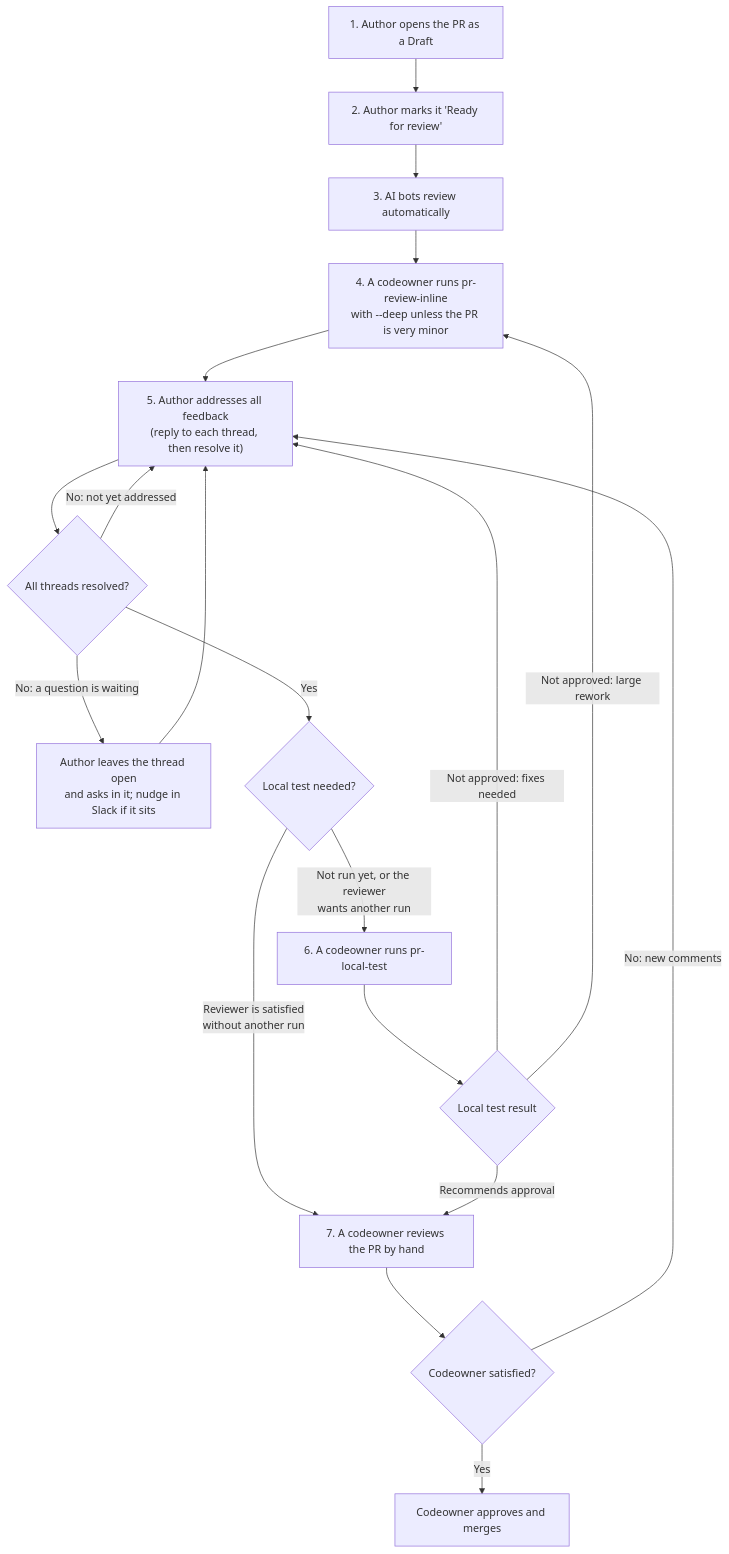
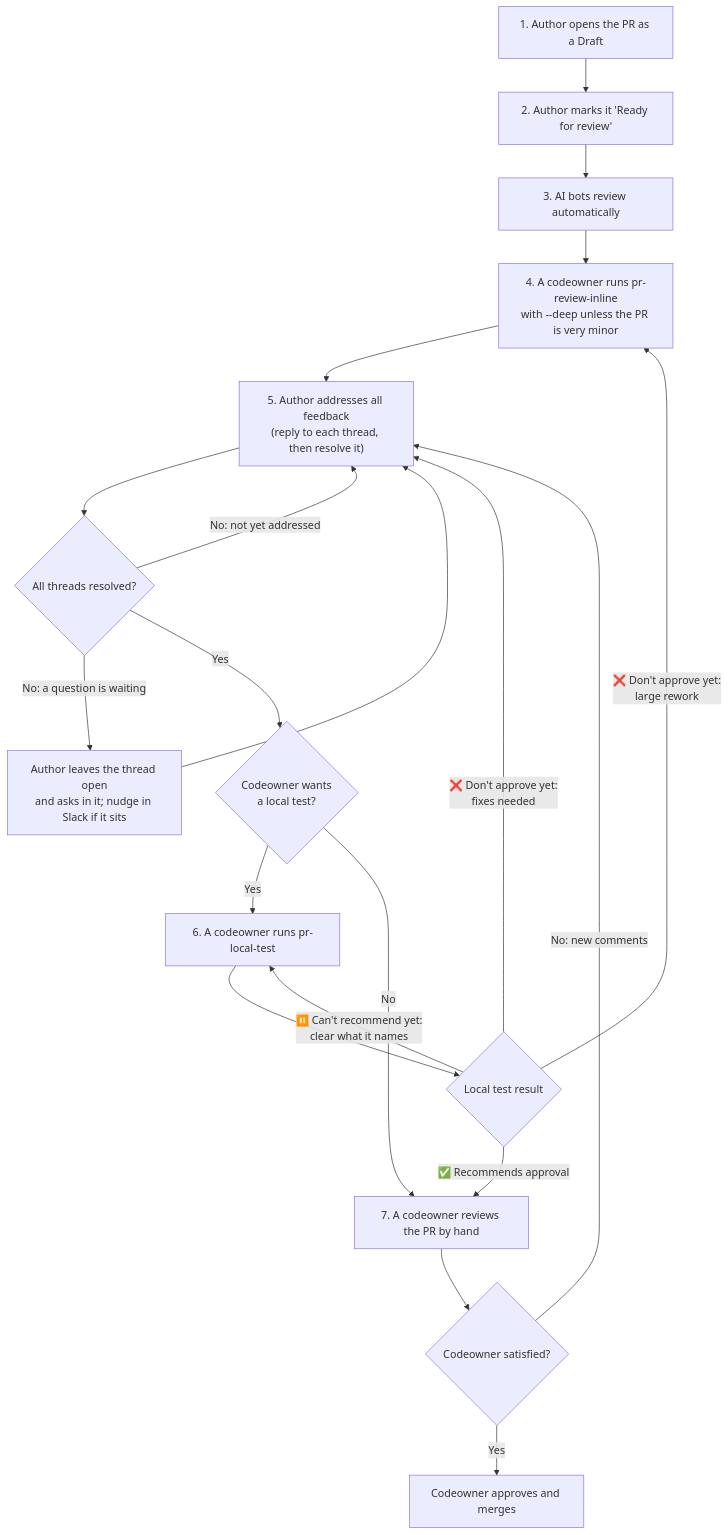
One commit to F3-Nation/f3-nation changed the diagram in docs/PR_REVIEW_PROCESS.md. Above: the diagram before and after it, drawn with Mermaid. The commit also changed other lines of this file and 1 other file, not shown here.

````diff
--- a/docs/PR_REVIEW_PROCESS.md
+++ b/docs/PR_REVIEW_PROCESS.md
@@ -9,21 +9,22 @@
 ```mermaid
 flowchart TD
     A["1. Author opens the PR as a Draft"] --> B["2. Author marks it 'Ready for review'"]
     B --> C["3. AI bots review automatically"]
     C --> D["4. A codeowner runs pr-review-inline<br/>with --deep unless the PR is very minor"]
     D --> E["5. Author addresses all feedback<br/>(reply to each thread, then resolve it)"]
     E --> F{"All threads resolved?"}
     F -- "No: not yet addressed" --> E
     F -- "No: a question is waiting" --> Q["Author leaves the thread open<br/>and asks in it; nudge in Slack if it sits"]
     Q --> E
-    F -- Yes --> L{"Local test needed?"}
-    L -- "Not run yet, or the reviewer<br/>wants another run" --> G["6. A codeowner runs pr-local-test"]
-    L -- "Reviewer is satisfied<br/>without another run" --> I
+    F -- Yes --> L{"Codeowner wants<br/>a local test?"}
+    L -- Yes --> G["6. A codeowner runs pr-local-test"]
+    L -- No --> I
     G --> H{"Local test result"}
-    H -- "Not approved: fixes needed" --> E
-    H -- "Not approved: large rework" --> D
-    H -- "Recommends approval" --> I["7. A codeowner reviews the PR by hand"]
+    H -- "❌ Don't approve yet:<br/>fixes needed" --> E
+    H -- "❌ Don't approve yet:<br/>large rework" --> D
+    H -- "⏸️ Can't recommend yet:<br/>clear what it names" --> G
+    H -- "✅ Recommends approval" --> I["7. A codeowner reviews the PR by hand"]
     I --> J{"Codeowner satisfied?"}
     J -- "No: new comments" --> E
     J -- Yes --> K["Codeowner approves and merges"]
 ```
````
